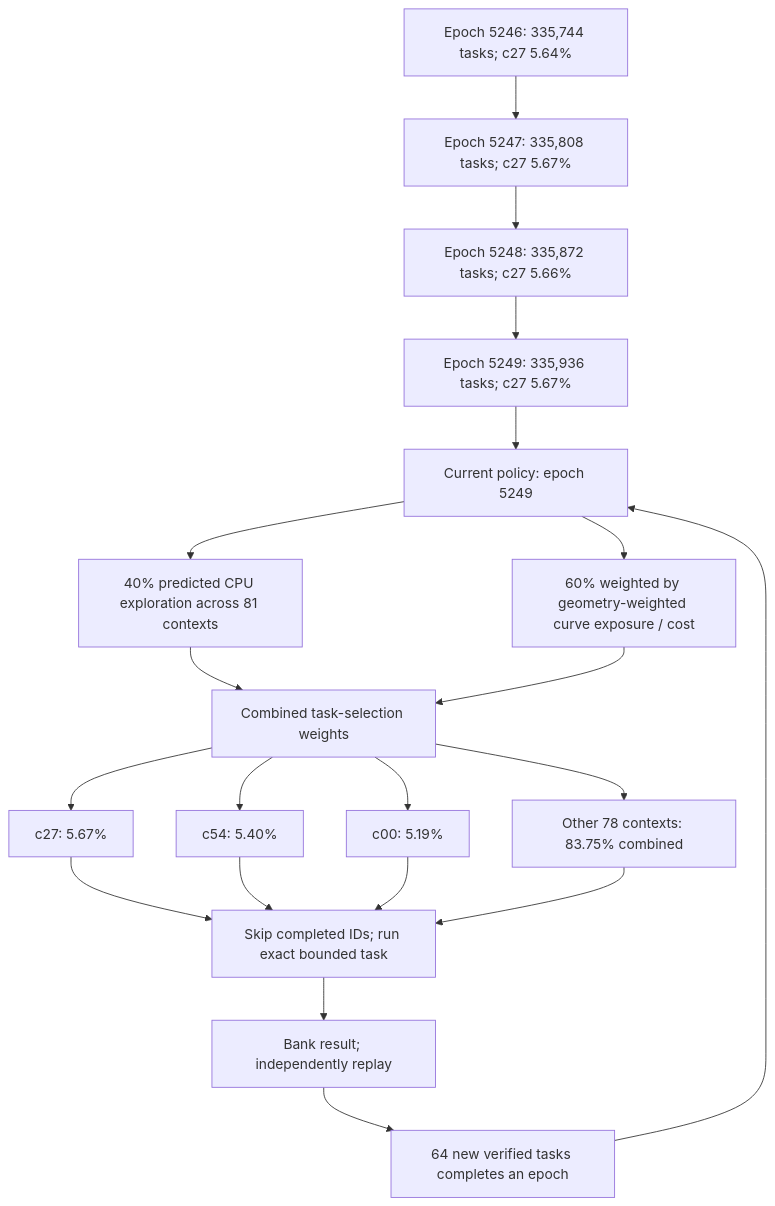
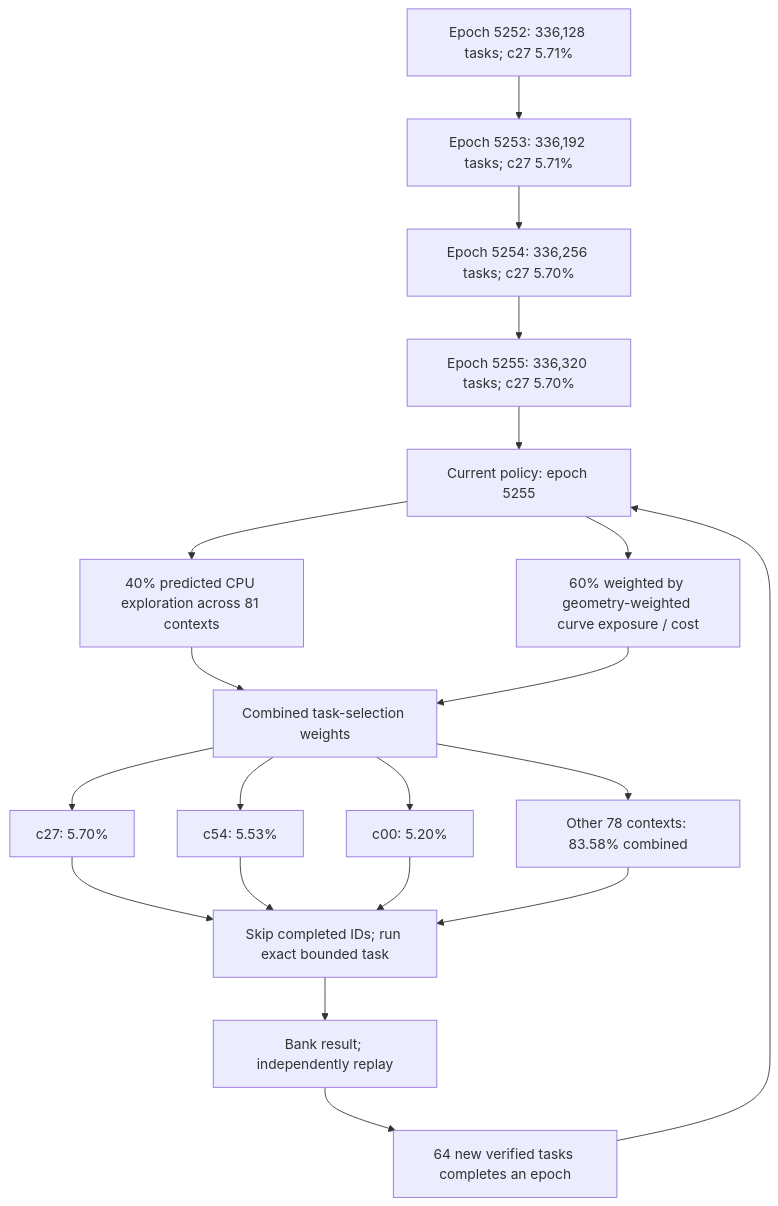
The first of 3 diagrams in README.md (Kuberwastaken/math-gambling), drawn with Mermaid before and after one commit. The commit also changed other lines of this file and 1249 other files, not shown here.

````diff
--- a/README.md
+++ b/README.md
@@ -60,27 +60,27 @@
 ```mermaid
 flowchart TD
-    H0["Epoch 5246: 335,744 tasks; c27 5.64%"]
-    H1["Epoch 5247: 335,808 tasks; c27 5.67%"]
+    H0["Epoch 5252: 336,128 tasks; c27 5.71%"]
+    H1["Epoch 5253: 336,192 tasks; c27 5.71%"]
     H0 --> H1
-    H2["Epoch 5248: 335,872 tasks; c27 5.66%"]
+    H2["Epoch 5254: 336,256 tasks; c27 5.70%"]
     H1 --> H2
-    H3["Epoch 5249: 335,936 tasks; c27 5.67%"]
+    H3["Epoch 5255: 336,320 tasks; c27 5.70%"]
     H2 --> H3
-    Policy["Current policy: epoch 5249"]
+    Policy["Current policy: epoch 5255"]
     H3 --> Policy
     Policy --> Explore["40% predicted CPU exploration across 81 contexts"]
     Policy --> Cost["60% weighted by geometry-weighted curve exposure / cost"]
     Explore --> Mix["Combined task-selection weights"]
     Cost --> Mix
-    Mix --> C0["c27: 5.67%"]
-    Mix --> C1["c54: 5.40%"]
-    Mix --> C2["c00: 5.19%"]
-    Mix --> Rest["Other 78 contexts: 83.75% combined"]
+    Mix --> C0["c27: 5.70%"]
+    Mix --> C1["c54: 5.53%"]
+    Mix --> C2["c00: 5.20%"]
+    Mix --> Rest["Other 78 contexts: 83.58% combined"]
     C0 --> Check["Skip completed IDs; run exact bounded task"]
     C1 --> Check
     C2 --> Check
     Rest --> Check
     Check --> Replay["Bank result; independently replay"]
     Replay --> Gate["64 new verified tasks completes an epoch"]
     Gate --> Policy
 ```
````
